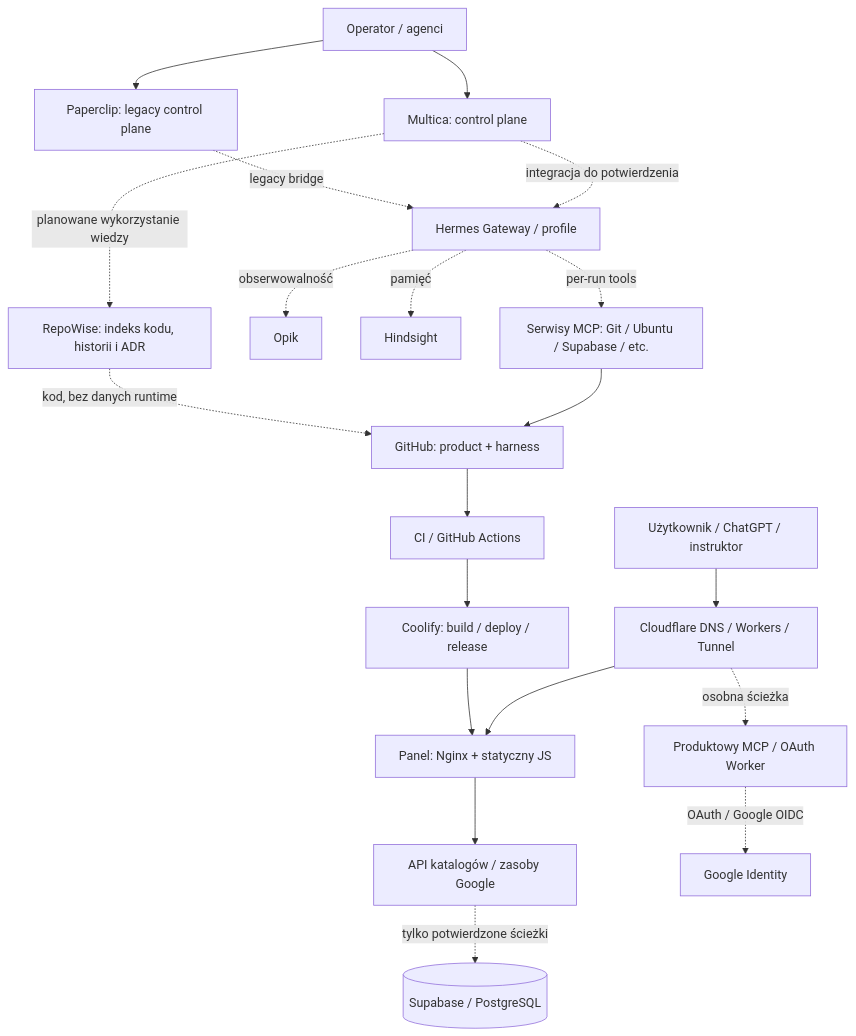
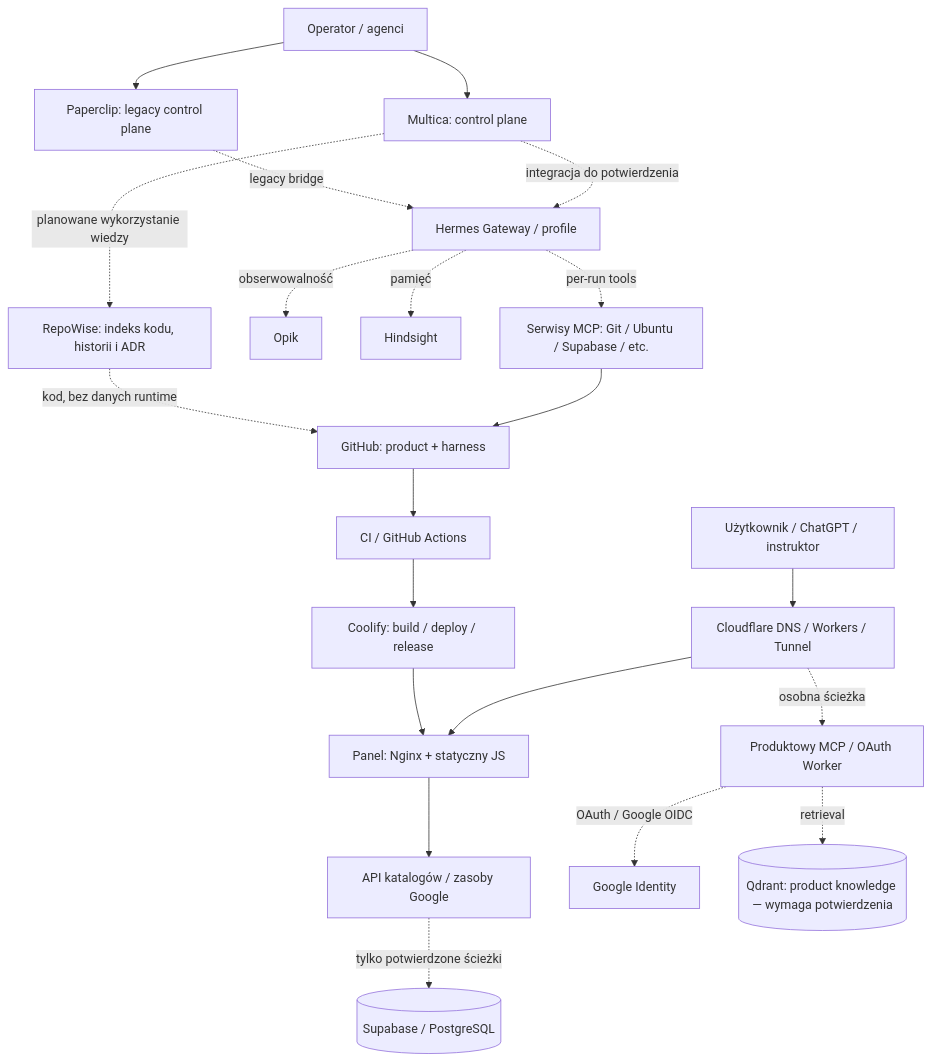
The diagram in docs/architecture/BACKEND-ARCHITECTURE-2026-11-09.md (jtrtdhrst/harness-zar-i-szlif), drawn with Mermaid before and after one commit. The commit also changed other lines of this file and 25 other files, not shown here.

Commit message:
docs(ZARI-311): preserve Product Qdrant/RAG and immutable Paperclip archives; narrow retired MCP cleanup

````diff
--- a/docs/architecture/BACKEND-ARCHITECTURE-2026-11-09.md
+++ b/docs/architecture/BACKEND-ARCHITECTURE-2026-11-09.md
@@ -61,23 +64,24 @@
 ```mermaid
 flowchart TB
     U[Użytkownik / ChatGPT / instruktor] --> CF[Cloudflare DNS / Workers / Tunnel]
     CF --> WEB[Panel: Nginx + statyczny JS]
     CF -. osobna ścieżka .-> PMCP[Produktowy MCP / OAuth Worker]
     WEB --> APIs[API katalogów / zasoby Google]
     PMCP -. OAuth / Google OIDC .-> IDP[Google Identity]
+    PMCP -. retrieval .-> QD[(Qdrant: product knowledge — wymaga potwierdzenia)]
     APIs -. tylko potwierdzone ścieżki .-> SB[(Supabase / PostgreSQL)]
 
     ADM[Operator / agenci] --> MC[Multica: control plane]
     ADM --> PC[Paperclip: legacy control plane]
     MC -. integracja do potwierdzenia .-> HG[Hermes Gateway / profile]
     PC -. legacy bridge .-> HG
     HG -. per-run tools .-> MCP[Serwisy MCP: Git / Ubuntu / Supabase / etc.]
     HG -. obserwowalność .-> OP[Opik]
     HG -. pamięć .-> HS[Hindsight]
     MCP --> GH[GitHub: product + harness]
     GH --> CI[CI / GitHub Actions]
     CI --> CO[Coolify: build / deploy / release]
     CO --> WEB
     RE[RepoWise: indeks kodu, historii i ADR] -. kod, bez danych runtime .-> GH
     MC -. planowane wykorzystanie wiedzy .-> RE
 ```
````
